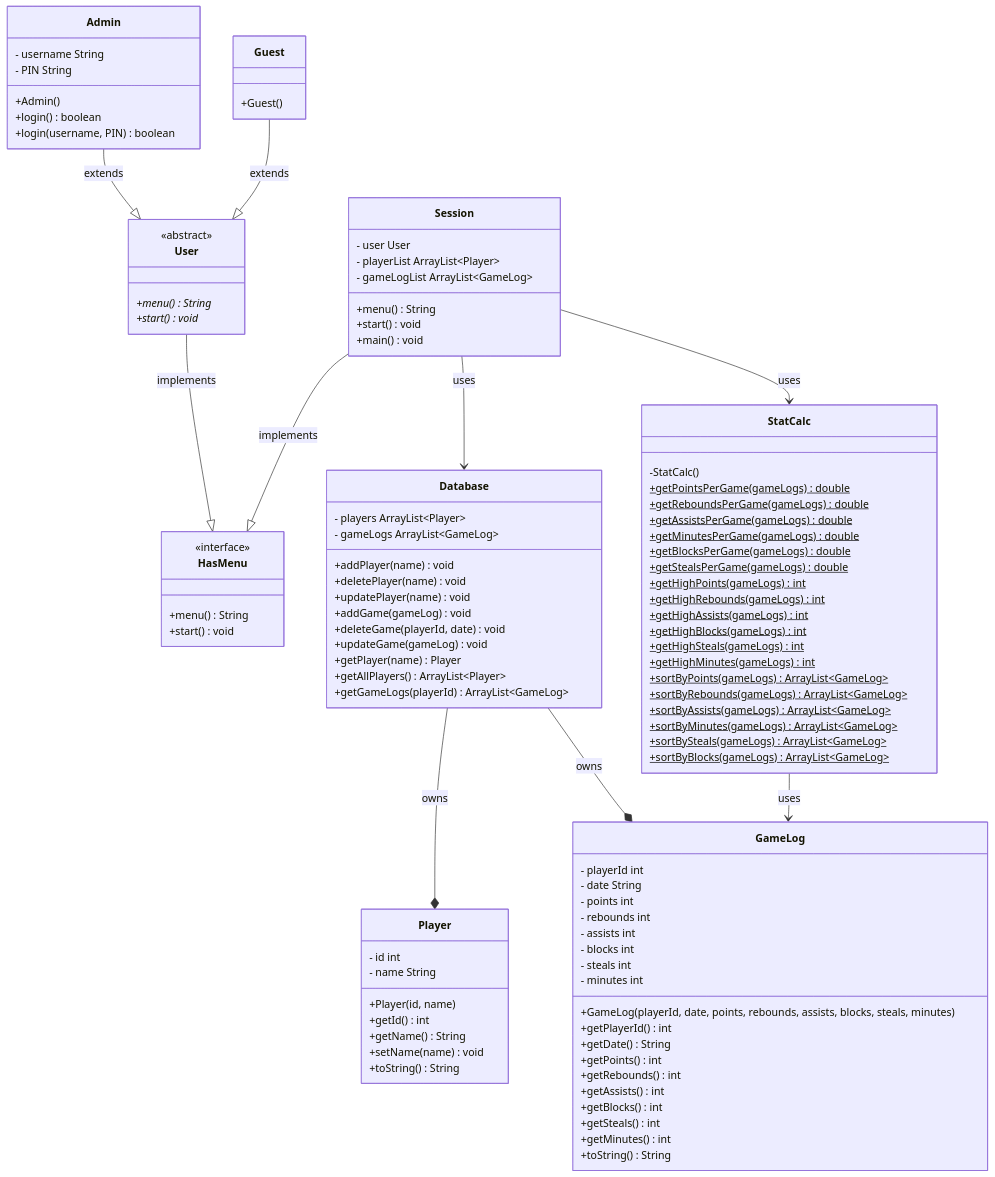
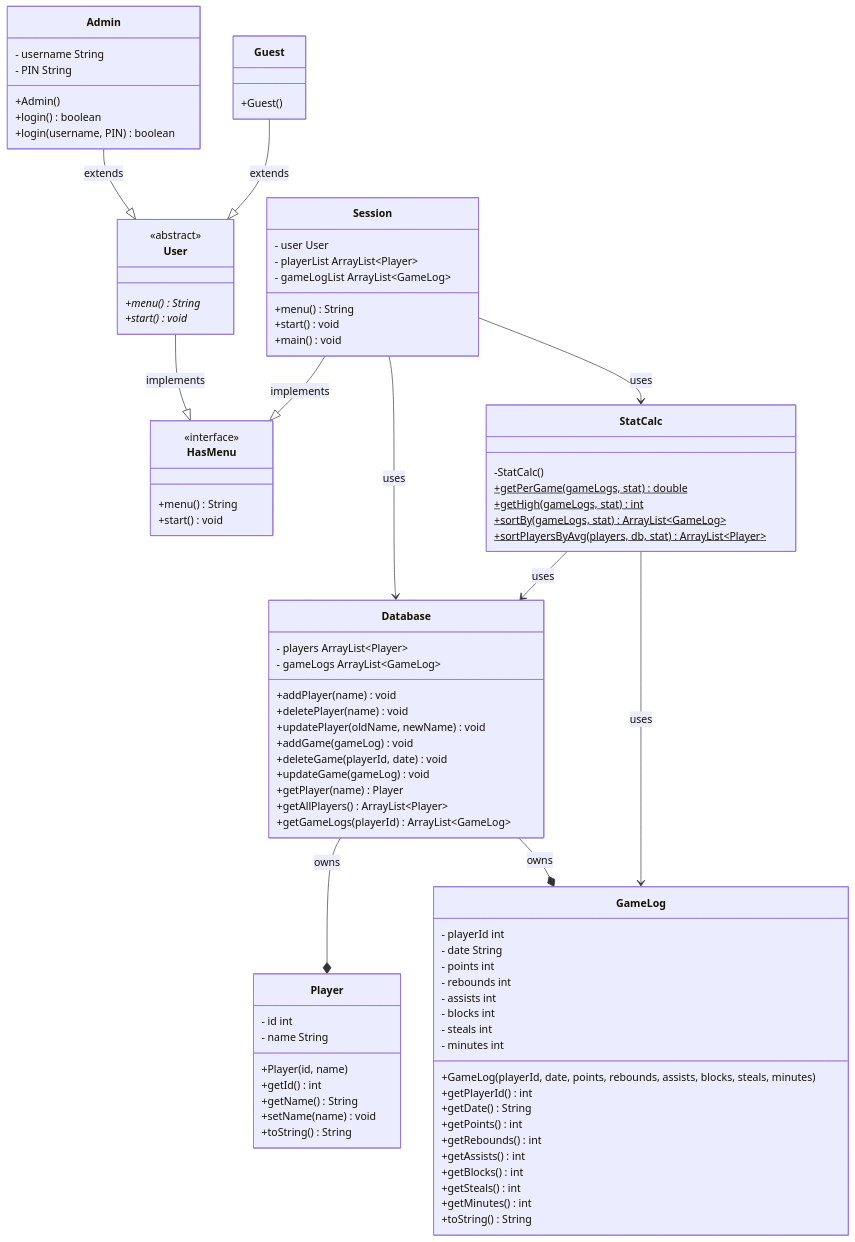
One commit to tommym-r/cs121finalProject changed the diagram in README.md. Above: the diagram before and after it, drawn with Mermaid.

````diff
--- a/README.md
+++ b/README.md
@@ -15,7 +15,7 @@
     - gameLogs ArrayList~GameLog~
     +addPlayer(name) void
     +deletePlayer(name) void
-    +updatePlayer(name) void
+    +updatePlayer(oldName, newName) void
     +addGame(gameLog) void
     +deleteGame(playerId, date) void
     +updateGame(gameLog) void
@@ -57,24 +57,10 @@
 
 class StatCalc {
     -StatCalc()
-    +getPointsPerGame(gameLogs) double$
-    +getReboundsPerGame(gameLogs) double$
-    +getAssistsPerGame(gameLogs) double$
-    +getMinutesPerGame(gameLogs) double$
-    +getBlocksPerGame(gameLogs) double$
-    +getStealsPerGame(gameLogs) double$
-    +getHighPoints(gameLogs) int$
-    +getHighRebounds(gameLogs) int$
-    +getHighAssists(gameLogs) int$
-    +getHighBlocks(gameLogs) int$
-    +getHighSteals(gameLogs) int$
-    +getHighMinutes(gameLogs) int$
-    +sortByPoints(gameLogs) ArrayList~GameLog~$
-    +sortByRebounds(gameLogs) ArrayList~GameLog~$
-    +sortByAssists(gameLogs) ArrayList~GameLog~$
-    +sortByMinutes(gameLogs) ArrayList~GameLog~$
-    +sortBySteals(gameLogs) ArrayList~GameLog~$
-    +sortByBlocks(gameLogs) ArrayList~GameLog~$
+    +getPerGame(gameLogs, stat) double$
+    +getHigh(gameLogs, stat) int$
+    +sortBy(gameLogs, stat) ArrayList~GameLog~$
+    +sortPlayersByAvg(players, db, stat) ArrayList~Player~$
 }
 
 class User{
@@ -113,4 +99,5 @@
 Database --* Player : owns
 Database --* GameLog : owns
 StatCalc --> GameLog : uses
+StatCalc --> Database : uses
 ```
````
